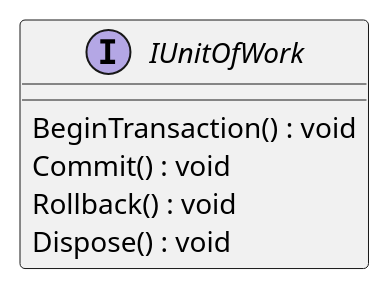
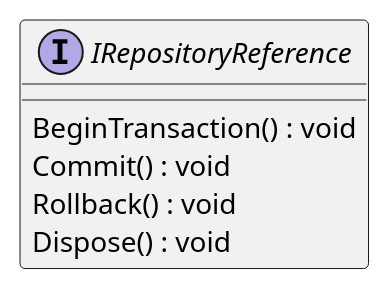
One commit to timothxy/ICT2106_P3_Project changed the diagram in YouthActionDotNet/UML/DAL/Interfaces/IUnitOfWork.puml. Above: the diagram before and after it, drawn with PlantUML. The commit also changed 18 other files, not shown here.

```diff
--- a/YouthActionDotNet/UML/DAL/Interfaces/IUnitOfWork.puml
+++ b/YouthActionDotNet/UML/DAL/Interfaces/IUnitOfWork.puml
@@ -1,8 +1,8 @@
 @startuml
-interface IUnitOfWork {
+interface IRepositoryReference {
     BeginTransaction() : void
     Commit() : void
     Rollback() : void
     Dispose() : void
 }
 @enduml
```
